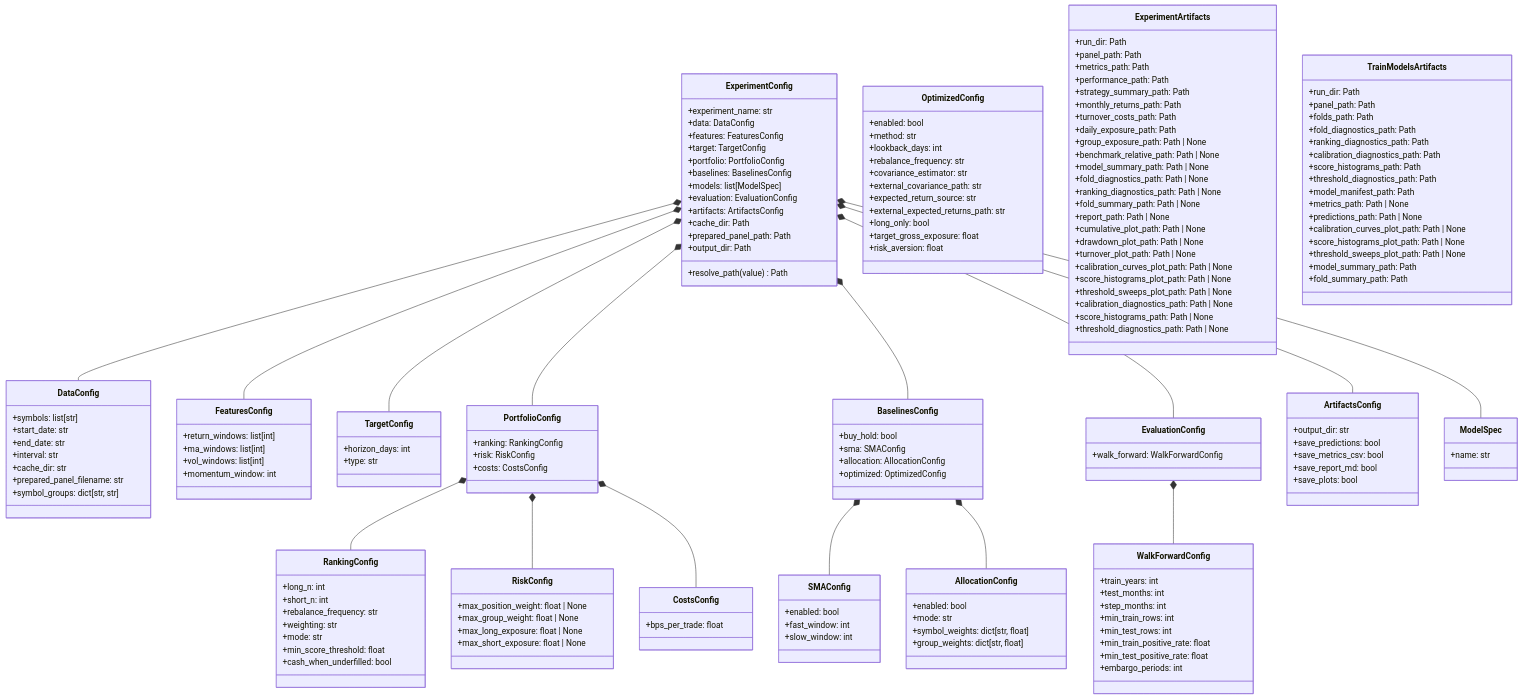
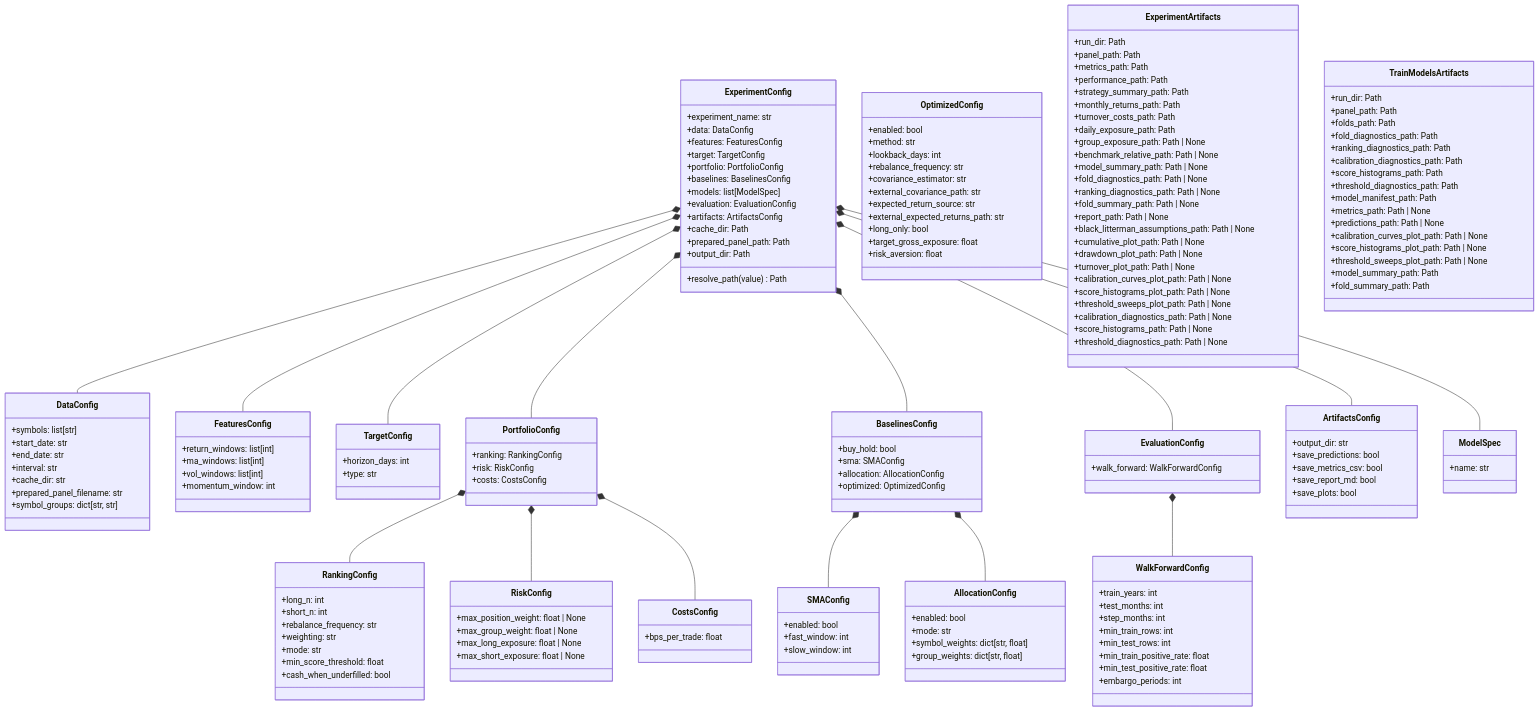
One commit to ricardogr07/market-lab changed the sixth of 6 diagrams in docs/architecture.md. Above: the diagram before and after it, drawn with Mermaid. The commit also changed other lines of this file and 1 other file, not shown here.

Commit message:
docs: document black-litterman baseline semantics

```diff
--- a/docs/architecture.md
+++ b/docs/architecture.md
@@ -439,6 +442,7 @@
       +ranking_diagnostics_path: Path | None
       +fold_summary_path: Path | None
       +report_path: Path | None
+      +black_litterman_assumptions_path: Path | None
       +cumulative_plot_path: Path | None
       +drawdown_plot_path: Path | None
       +turnover_plot_path: Path | None
```
